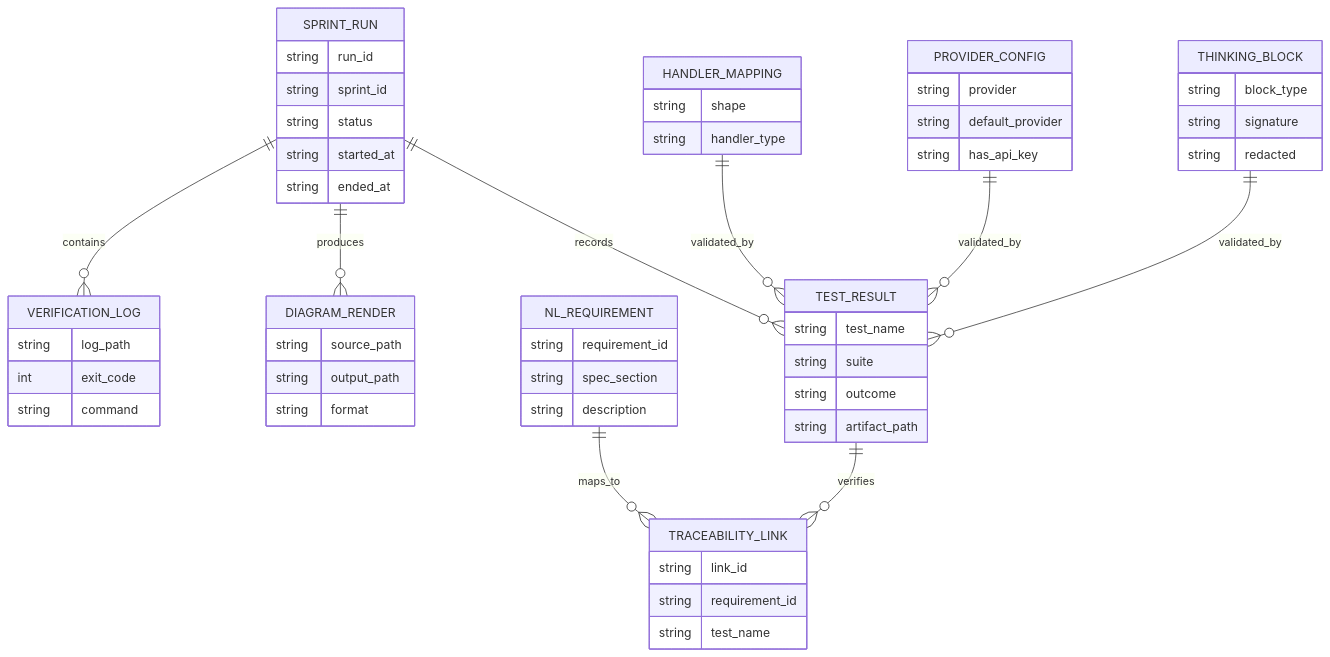
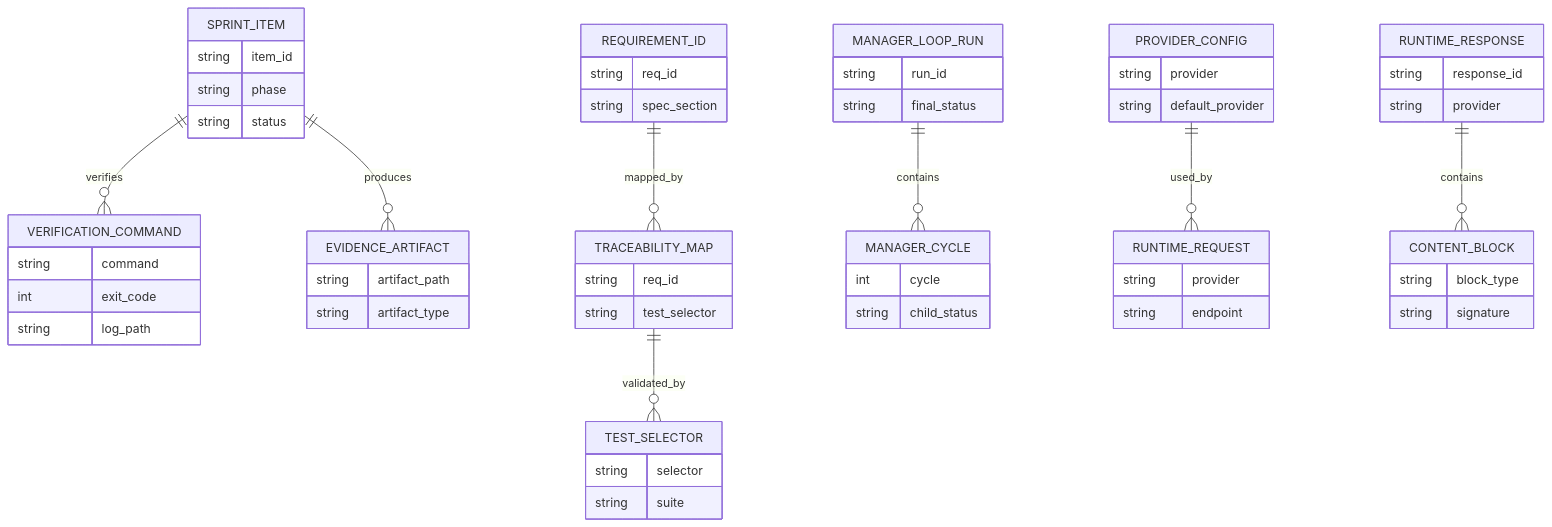
The second of 5 diagrams in docs/sprints/SPRINT-006-nlspec-adherence-gap-closure.md (jaytaylor/attractor-tcl), drawn with Mermaid before and after one commit. The commit also changed other lines of this file, not shown here.

Commit message:
docs: rewrite sprint 006 as implementation plan baseline

````diff
--- a/docs/sprints/SPRINT-006-nlspec-adherence-gap-closure.md
+++ b/docs/sprints/SPRINT-006-nlspec-adherence-gap-closure.md
@@ -680,59 +486,61 @@
 ```mermaid
 erDiagram
-  SPRINT_RUN ||--o{ VERIFICATION_LOG : contains
-  SPRINT_RUN ||--o{ DIAGRAM_RENDER : produces
-  SPRINT_RUN ||--o{ TEST_RESULT : records
-  NL_REQUIREMENT ||--o{ TRACEABILITY_LINK : maps_to
-  TEST_RESULT ||--o{ TRACEABILITY_LINK : verifies
-  HANDLER_MAPPING ||--o{ TEST_RESULT : validated_by
-  PROVIDER_CONFIG ||--o{ TEST_RESULT : validated_by
-  THINKING_BLOCK ||--o{ TEST_RESULT : validated_by
+  SPRINT_ITEM ||--o{ VERIFICATION_COMMAND : verifies
+  SPRINT_ITEM ||--o{ EVIDENCE_ARTIFACT : produces
+  REQUIREMENT_ID ||--o{ TRACEABILITY_MAP : mapped_by
+  TRACEABILITY_MAP ||--o{ TEST_SELECTOR : validated_by
+  MANAGER_LOOP_RUN ||--o{ MANAGER_CYCLE : contains
+  PROVIDER_CONFIG ||--o{ RUNTIME_REQUEST : used_by
+  RUNTIME_RESPONSE ||--o{ CONTENT_BLOCK : contains
 
-  SPRINT_RUN {
+  SPRINT_ITEM {
+    string item_id
+    string phase
+    string status
+  }
+  VERIFICATION_COMMAND {
+    string command
+    int exit_code
+    string log_path
+  }
+  EVIDENCE_ARTIFACT {
+    string artifact_path
+    string artifact_type
+  }
+  REQUIREMENT_ID {
+    string req_id
+    string spec_section
+  }
+  TRACEABILITY_MAP {
+    string req_id
+    string test_selector
+  }
+  TEST_SELECTOR {
+    string selector
+    string suite
+  }
+  MANAGER_LOOP_RUN {
     string run_id
-    string sprint_id
-    string status
-    string started_at
-    string ended_at
+    string final_status
   }
-  VERIFICATION_LOG {
-    string log_path
-    int exit_code
-    string command
-  }
-  DIAGRAM_RENDER {
-    string source_path
-    string output_path
-    string format
-  }
-  TEST_RESULT {
-    string test_name
-    string suite
-    string outcome
-    string artifact_path
-  }
-  NL_REQUIREMENT {
-    string requirement_id
-    string spec_section
-    string description
-  }
-  TRACEABILITY_LINK {
-    string link_id
-    string requirement_id
-    string test_name
-  }
-  HANDLER_MAPPING {
-    string shape
-    string handler_type
+  MANAGER_CYCLE {
+    int cycle
+    string child_status
   }
   PROVIDER_CONFIG {
     string provider
     string default_provider
-    string has_api_key
   }
-  THINKING_BLOCK {
+  RUNTIME_REQUEST {
+    string provider
+    string endpoint
+  }
+  RUNTIME_RESPONSE {
+    string response_id
+    string provider
+  }
+  CONTENT_BLOCK {
     string block_type
     string signature
-    string redacted
   }
 ```
````
